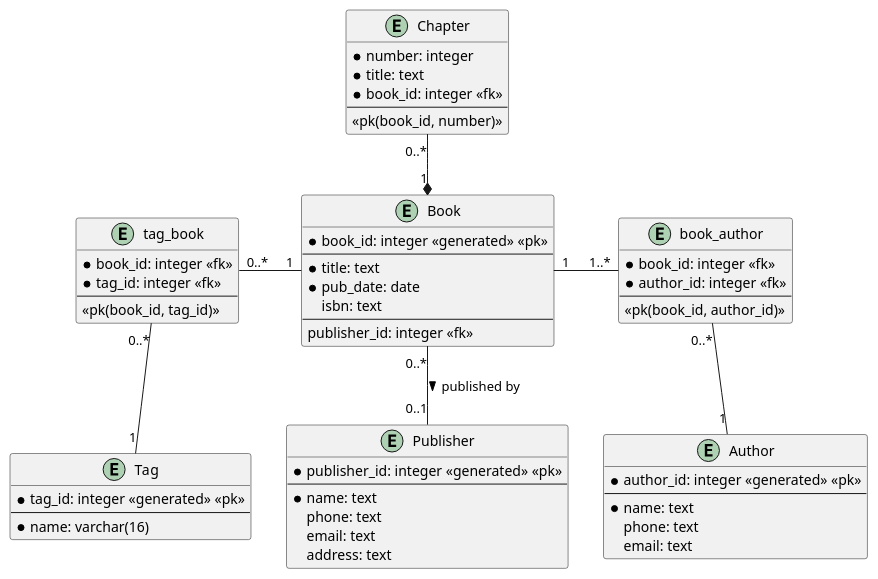
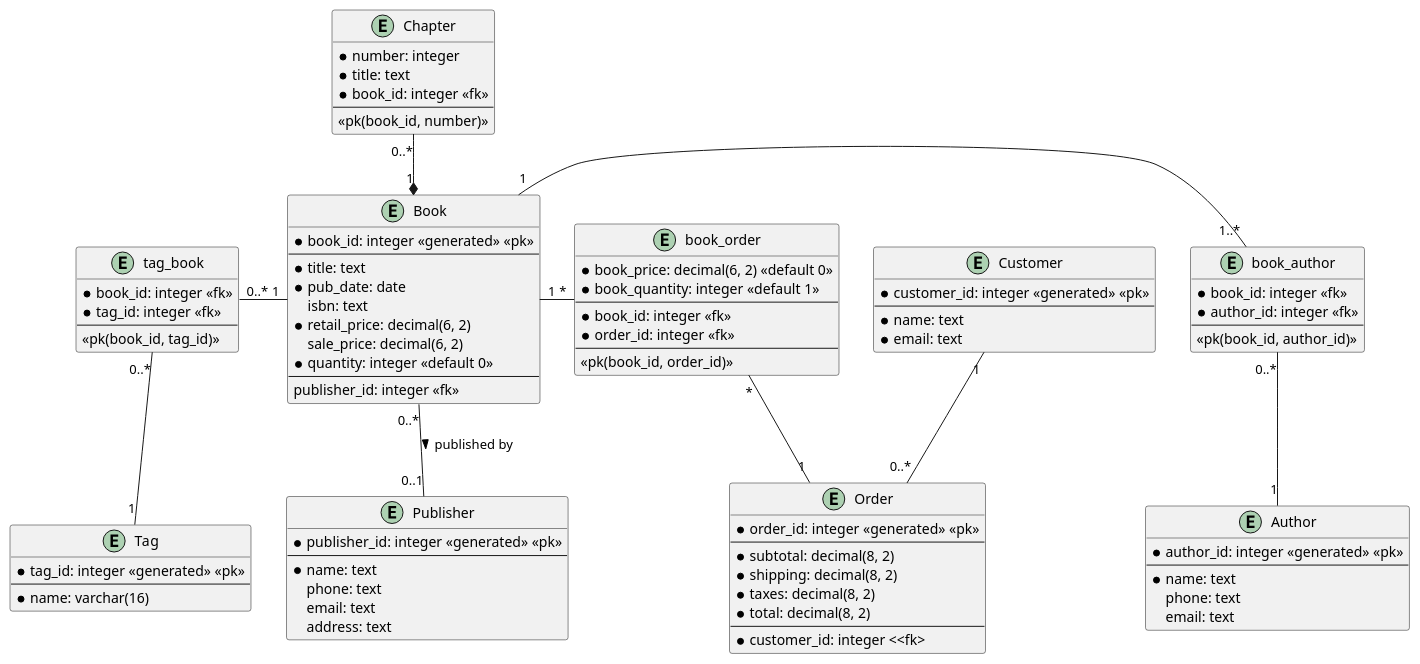
Before and after one commit to profdenis/vanier_database: the third of 3 diagrams in doc/inclass/books.md, drawn with PlantUML. The commit also changed other lines of this file and 3 other files, not shown here.

Commit message:
books ERD part 3, updated doc part 8 and 9

````diff
--- a/doc/inclass/books.md
+++ b/doc/inclass/books.md
@@ -144,6 +176,9 @@
     * title: text
     * pub_date: date
     isbn: text
+    * retail_price: decimal(6, 2)
+    sale_price: decimal(6, 2)
+    * quantity: integer <<default 0>>
     --
     publisher_id: integer <<fk>>
 }
@@ -203,5 +238,40 @@
 tag_book "0..*" - "1" Book
 tag_book "0..*" -- "1" Tag
 
+
+entity Customer {
+    * customer_id: integer <<generated>> <<pk>>
+    --
+    * name: text
+    * email: text
+}
+
+entity Order {
+    * order_id: integer <<generated>> <<pk>>
+    --
+    * subtotal: decimal(8, 2)
+    * shipping: decimal(8, 2)
+    * taxes: decimal(8, 2)
+    * total: decimal(8, 2)
+    --
+    * customer_id: integer <<fk>
+}
+
+entity book_order {
+    * book_price: decimal(6, 2) <<default 0>>
+    * book_quantity: integer <<default 1>>
+    --
+    * book_id: integer <<fk>>
+    * order_id: integer <<fk>>
+    --
+    <<pk(book_id, order_id)>>
+}
+
+Customer "1" -- "0..*" Order
+
+Book "1" - "*" book_order
+book_order "*" -- "1" Order
+
+
 @enduml
 ```
````
